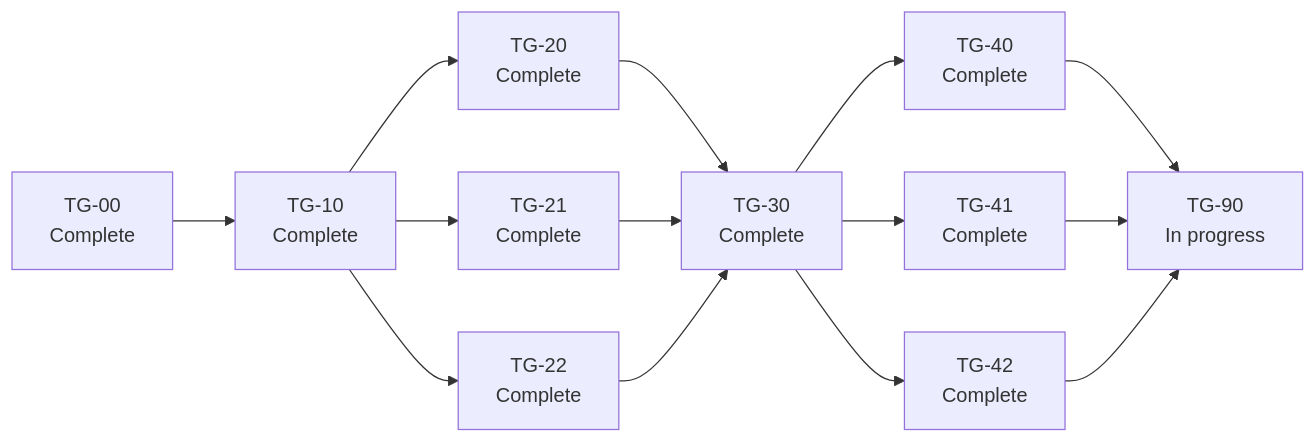
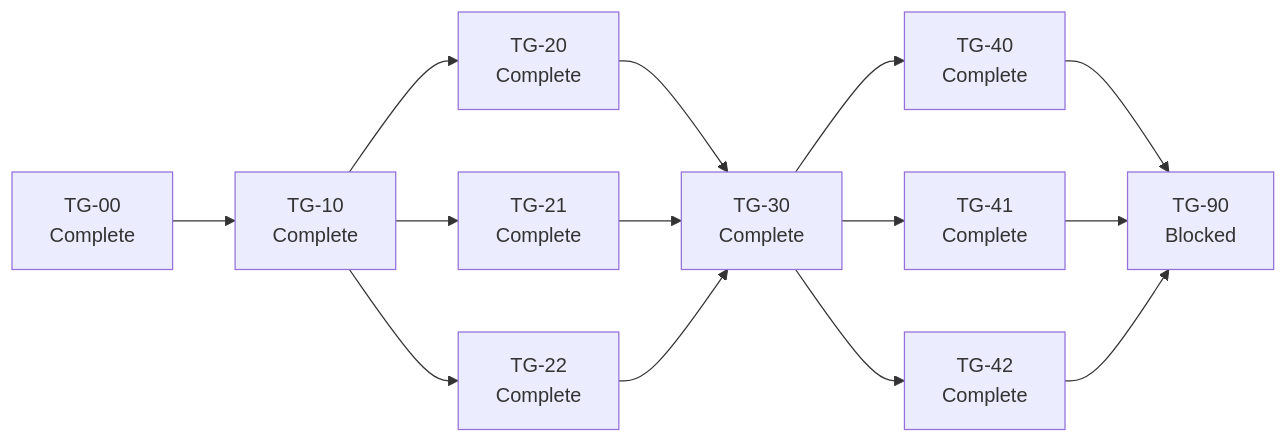
One commit to vatsalsaglani/rafu changed the diagram in docs/plans/phases/terminal-groups/manifest.md. Above: the diagram before and after it, drawn with Mermaid. The commit also changed other lines of this file, not shown here.

Commit message:
docs: mark TG-90 blocked in manifest

````diff
--- a/docs/plans/phases/terminal-groups/manifest.md
+++ b/docs/plans/phases/terminal-groups/manifest.md
@@ -9,27 +9,27 @@
 ```mermaid
 flowchart LR
     D["TG-00<br/>Complete"]
     C["TG-10<br/>Complete"]
     R["TG-20<br/>Complete"]
     V["TG-21<br/>Complete"]
     S["TG-22<br/>Complete"]
     W["TG-30<br/>Complete"]
     M["TG-40<br/>Complete"]
     K["TG-41<br/>Complete"]
     A["TG-42<br/>Complete"]
-    Q["TG-90<br/>In progress"]
+    Q["TG-90<br/>Blocked"]
 
     D --> C
     C --> R
     C --> V
     C --> S
     R --> W
     V --> W
     S --> W
     W --> M
     W --> K
     W --> A
     M --> Q
     K --> Q
     A --> Q
 ```
````
